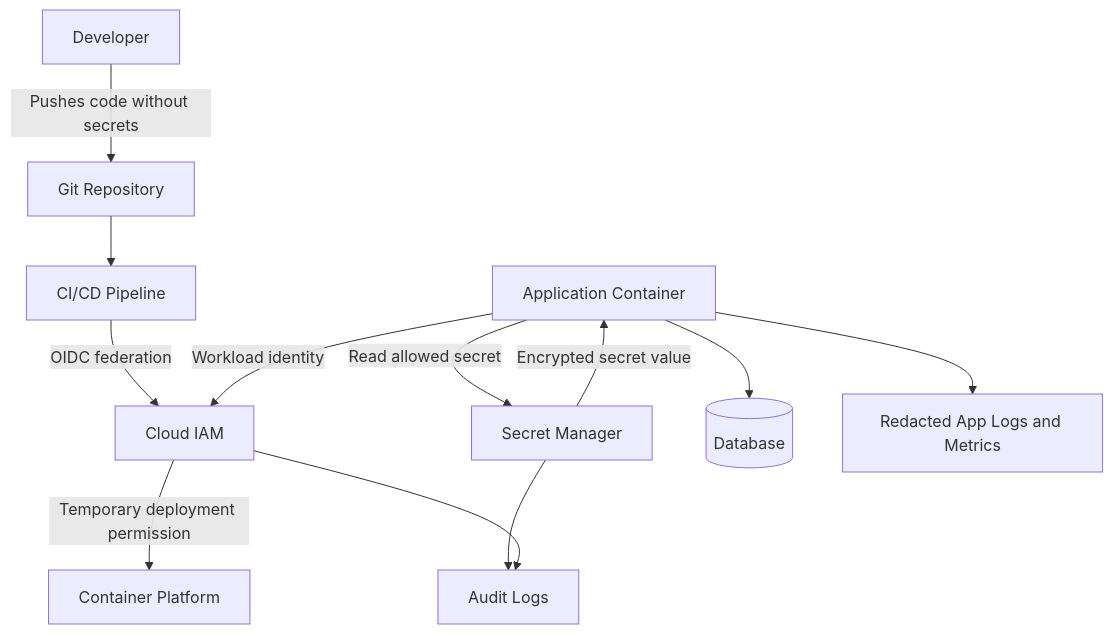
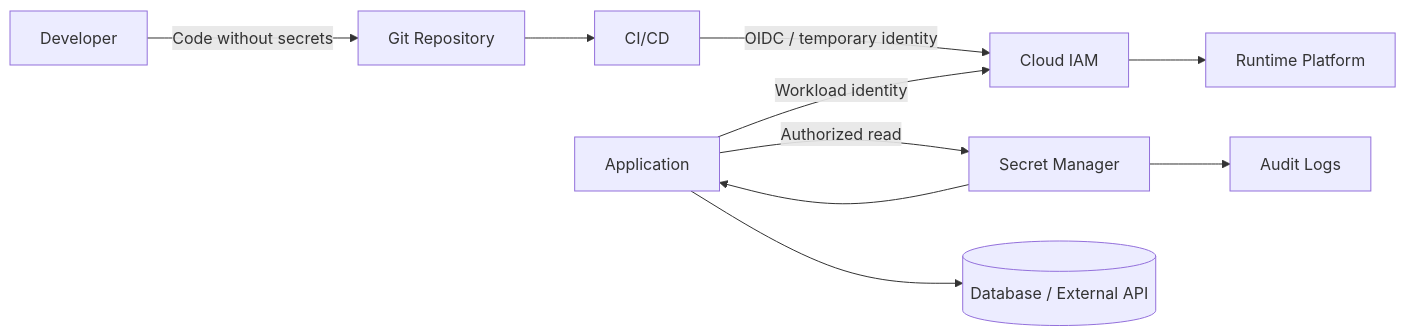
One commit to AvadhBhalodiya/Interview-Preparation changed the first of 6 diagrams in src/content/security/secrets-management.md. Above: the diagram before and after it, drawn with Mermaid. The commit also changed other lines of this file and 54 other files, not shown here.

````diff
--- a/src/content/security/secrets-management.md
+++ b/src/content/security/secrets-management.md
@@ -22,16 +24,12 @@
 ```mermaid
-flowchart TD
-    DEV[Developer] -->|Pushes code without secrets| GIT[Git Repository]
-    GIT --> CI[CI/CD Pipeline]
-    CI -->|OIDC federation| IAM[Cloud IAM]
-    IAM -->|Temporary deployment permission| PLATFORM[Container Platform]
-
-    APP[Application Container] -->|Workload identity| IAM
-    APP -->|Read allowed secret| SM[Secret Manager]
-    SM -->|Encrypted secret value| APP
-    APP --> DB[(Database)]
-
+flowchart LR
+    DEV[Developer] -->|Code without secrets| GIT[Git Repository]
+    GIT --> CI[CI/CD]
+    CI -->|OIDC / temporary identity| IAM[Cloud IAM]
+    IAM --> PLATFORM[Runtime Platform]
+    APP[Application] -->|Workload identity| IAM
+    APP -->|Authorized read| SM[Secret Manager]
+    SM --> APP
+    APP --> DB[(Database / External API)]
     SM --> AUDIT[Audit Logs]
-    IAM --> AUDIT
-    APP --> OBS[Redacted App Logs and Metrics]
 ```
````
